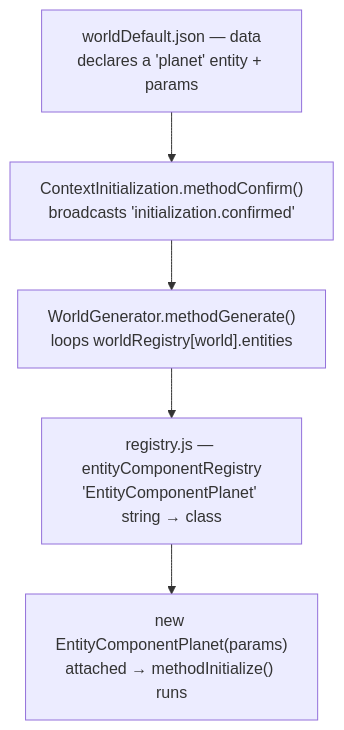
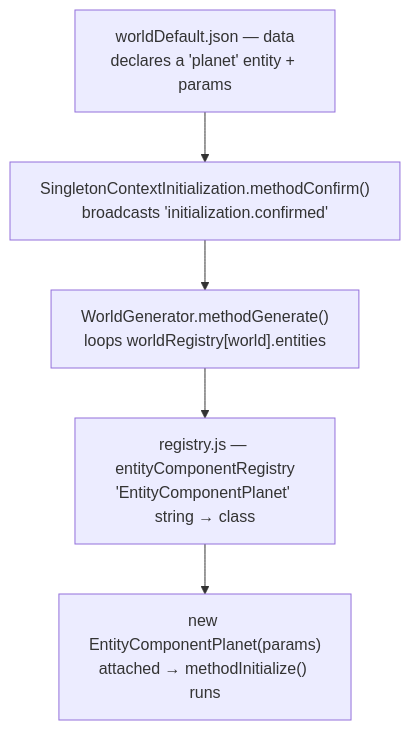
The first of 2 diagrams in md/PLANET.md (dilsency/ThreeJS-ECS-Planet), drawn with Mermaid before and after one commit. The commit also changed other lines of this file and 21 other files, not shown here.

First line of the commit message:
Rename Context components: SingletonContext / MultiContext

````diff
--- a/md/PLANET.md
+++ b/md/PLANET.md
@@ -48,9 +48,9 @@
 ```mermaid
 flowchart TD
     A["worldDefault.json — data<br/>declares a 'planet' entity + params"]
-    B["ContextInitialization.methodConfirm()<br/>broadcasts 'initialization.confirmed'"]
+    B["SingletonContextInitialization.methodConfirm()<br/>broadcasts 'initialization.confirmed'"]
     C["WorldGenerator.methodGenerate()<br/>loops worldRegistry[world].entities"]
     D["registry.js — entityComponentRegistry<br/>'EntityComponentPlanet' string → class"]
     E["new EntityComponentPlanet(params)<br/>attached → methodInitialize() runs"]
     A --> B --> C --> D --> E
 ```
````
